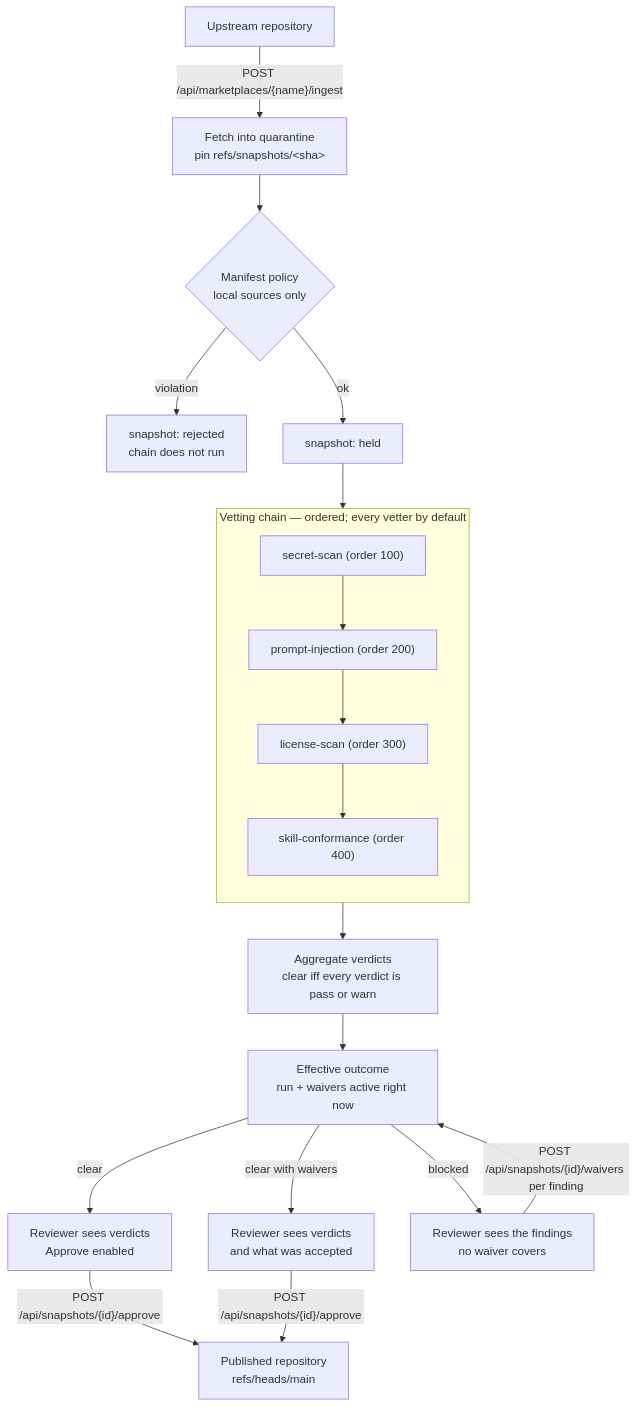
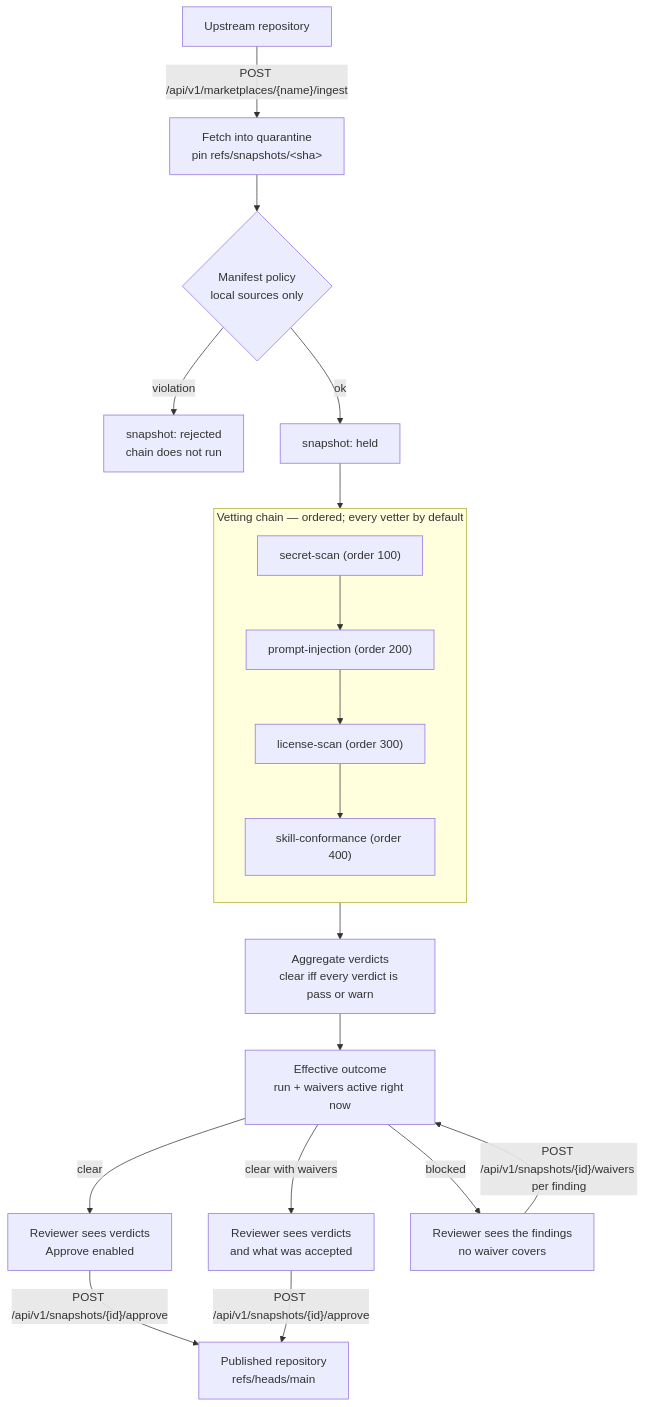
Before and after one commit to skillsgateway/skillsgateway: the diagram in docs/manual/concepts/vetting.md, drawn with Mermaid. The commit also changed other lines of this file and 166 other files, not shown here.

````diff
--- a/docs/manual/concepts/vetting.md
+++ b/docs/manual/concepts/vetting.md
@@ -16,22 +16,22 @@
 ```mermaid
 flowchart TD
-    U["Upstream repository"] -->|"POST /api/marketplaces/{name}/ingest"| F["Fetch into quarantine<br/>pin refs/snapshots/&lt;sha&gt;"]
+    U["Upstream repository"] -->|"POST /api/v1/marketplaces/{name}/ingest"| F["Fetch into quarantine<br/>pin refs/snapshots/&lt;sha&gt;"]
     F --> M{"Manifest policy<br/>local sources only"}
     M -->|violation| R["snapshot: rejected<br/>chain does not run"]
     M -->|ok| H["snapshot: held"]
     H --> C["Vetting chain"]
 
     subgraph C["Vetting chain — ordered; every vetter by default"]
         direction TB
         C1["secret-scan (order 100)"] --> C2["prompt-injection (order 200)"] --> C3["license-scan (order 300)"] --> C4["skill-conformance (order 400)"]
     end
 
     C --> A["Aggregate verdicts<br/>clear iff every verdict is pass or warn"]
     A --> E["Effective outcome<br/>run + waivers active right now"]
     E -->|clear| RV["Reviewer sees verdicts<br/>Approve enabled"]
     E -->|clear with waivers| RW["Reviewer sees verdicts<br/>and what was accepted"]
     E -->|blocked| RB["Reviewer sees the findings<br/>no waiver covers"]
-    RV -->|"POST /api/snapshots/{id}/approve"| P["Published repository<br/>refs/heads/main"]
-    RW -->|"POST /api/snapshots/{id}/approve"| P
-    RB -->|"POST /api/snapshots/{id}/waivers per finding"| E
+    RV -->|"POST /api/v1/snapshots/{id}/approve"| P["Published repository<br/>refs/heads/main"]
+    RW -->|"POST /api/v1/snapshots/{id}/approve"| P
+    RB -->|"POST /api/v1/snapshots/{id}/waivers per finding"| E
 ```
````
